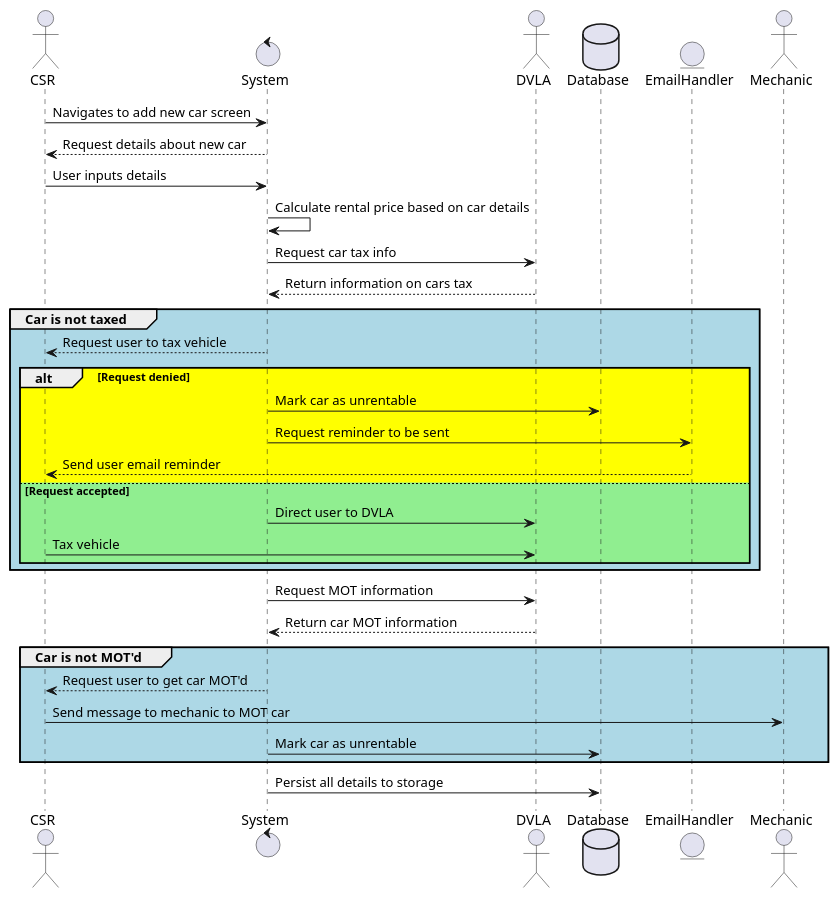
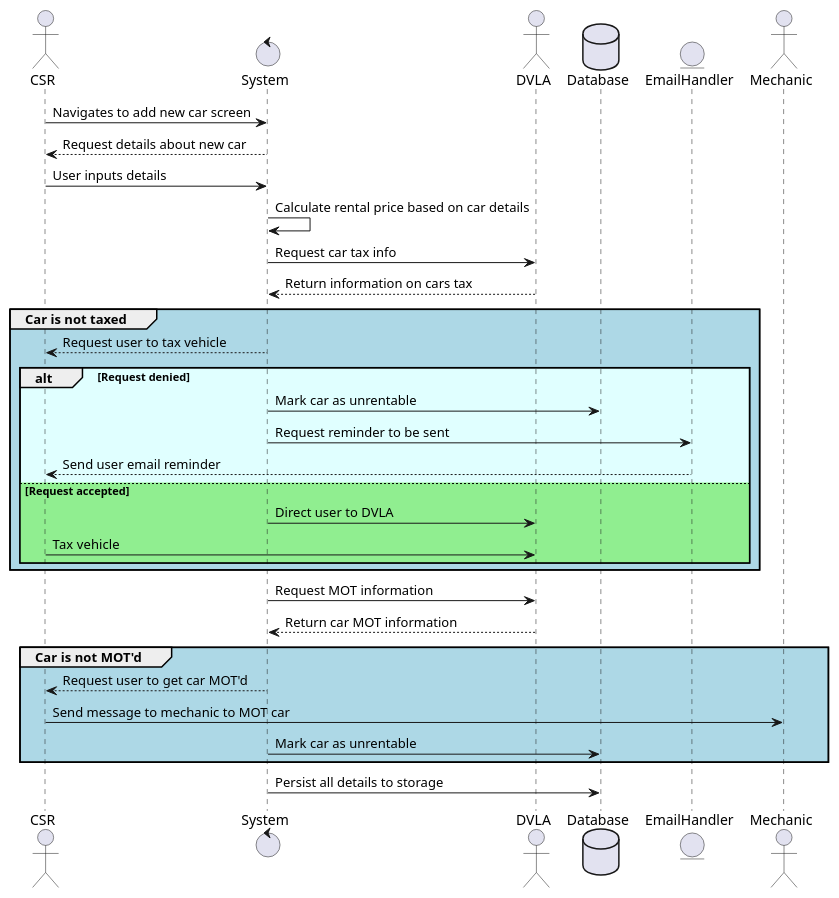
One commit to OMBowkerBBC/DC4600-Assignment1 changed the diagram in diagrams/sequence/Sequence5.puml. Above: the diagram before and after it, drawn with PlantUML. The commit also changed 10 other files, not shown here.

```diff
--- a/diagrams/sequence/Sequence5.puml
+++ b/diagrams/sequence/Sequence5.puml
@@ -1,37 +1,37 @@
 @startuml
 actor CSR as csr
 control System as sys
 actor DVLA as dvla
 database Database as db
 entity EmailHandler as email
 actor Mechanic as mech
 
 csr -> sys : Navigates to add new car screen
 csr <-- sys : Request details about new car
 csr -> sys : User inputs details
 
 sys -> sys : Calculate rental price based on car details
 sys -> dvla : Request car tax info
 sys <-- dvla : Return information on cars tax
 
 group #LightBlue Car is not taxed
   csr <-- sys : Request user to tax vehicle
-  alt #Yellow Request denied
+  alt #LightCyan Request denied
     sys -> db : Mark car as unrentable
     sys -> email : Request reminder to be sent
     csr <-- email : Send user email reminder
   else #LightGreen Request accepted
     sys -> dvla : Direct user to DVLA
     csr -> dvla : Tax vehicle
   end
 end
 
 sys -> dvla : Request MOT information
 sys <-- dvla : Return car MOT information
 group #LightBlue Car is not MOT'd
   csr <-- sys : Request user to get car MOT'd
   csr -> mech : Send message to mechanic to MOT car
   sys -> db : Mark car as unrentable
 end
 sys -> db : Persist all details to storage
 @enduml
```
